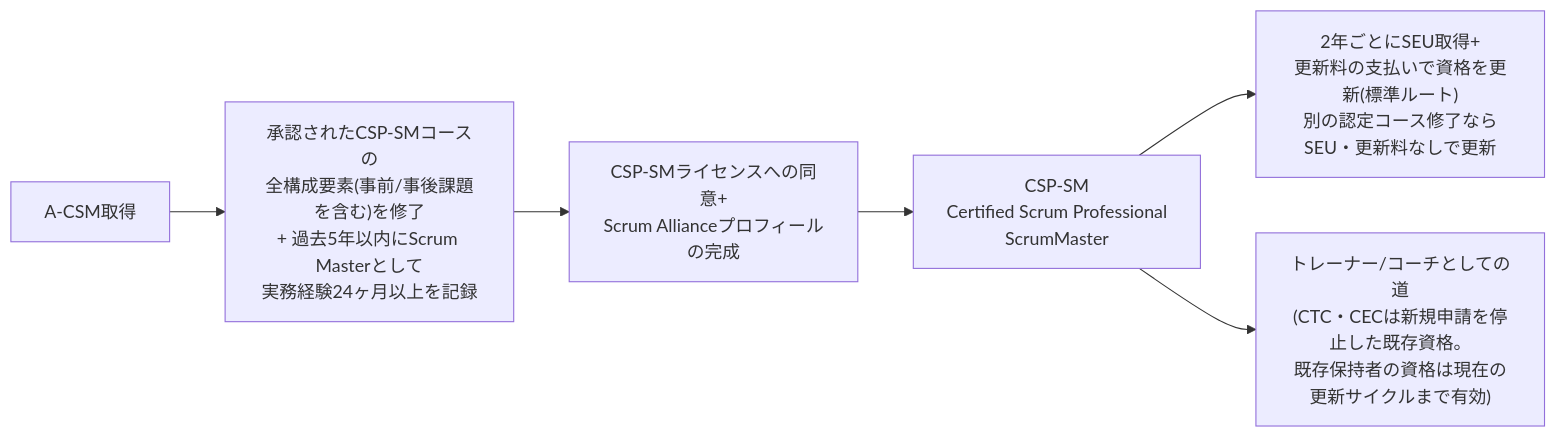
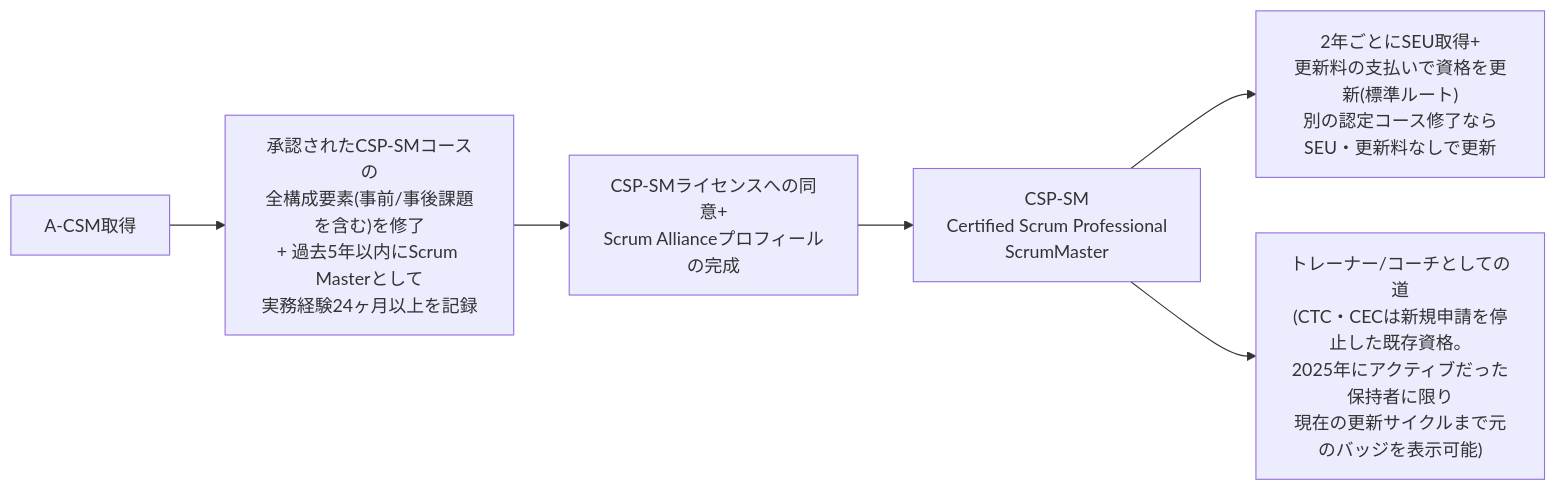
One commit to myoshi2891/Management-Team-Building-Studies changed diagram 23 of 23 in A-csm-advanced-certified-scrummaster-study-guide.md. Above: the diagram before and after it, drawn with Mermaid. The commit also changed other lines of this file, not shown here.

Commit message:
docs(a-csm): clarify badge display terms for retired CTC and CEC credentials

````diff
--- a/A-csm-advanced-certified-scrummaster-study-guide.md
+++ b/A-csm-advanced-certified-scrummaster-study-guide.md
@@ -1138,8 +1138,8 @@
 ```mermaid
 flowchart LR
     A["A-CSM取得"] --> B["承認されたCSP-SMコースの<br/>全構成要素(事前/事後課題を含む)を修了<br/>+ 過去5年以内にScrum Masterとして<br/>実務経験24ヶ月以上を記録"]
     B --> L["CSP-SMライセンスへの同意+<br/>Scrum Allianceプロフィールの完成"]
     L --> C["CSP-SM<br/>Certified Scrum Professional<br/>ScrumMaster"]
     C --> R["2年ごとにSEU取得+<br/>更新料の支払いで資格を更新(標準ルート)<br/>別の認定コース修了なら<br/>SEU・更新料なしで更新"]
-    C --> D["トレーナー/コーチとしての道<br/>(CTC・CECは新規申請を停止した既存資格。<br/>既存保持者の資格は現在の更新サイクルまで有効)"]
+    C --> D["トレーナー/コーチとしての道<br/>(CTC・CECは新規申請を停止した既存資格。<br/>2025年にアクティブだった保持者に限り<br/>現在の更新サイクルまで元のバッジを表示可能)"]
 ```
````
